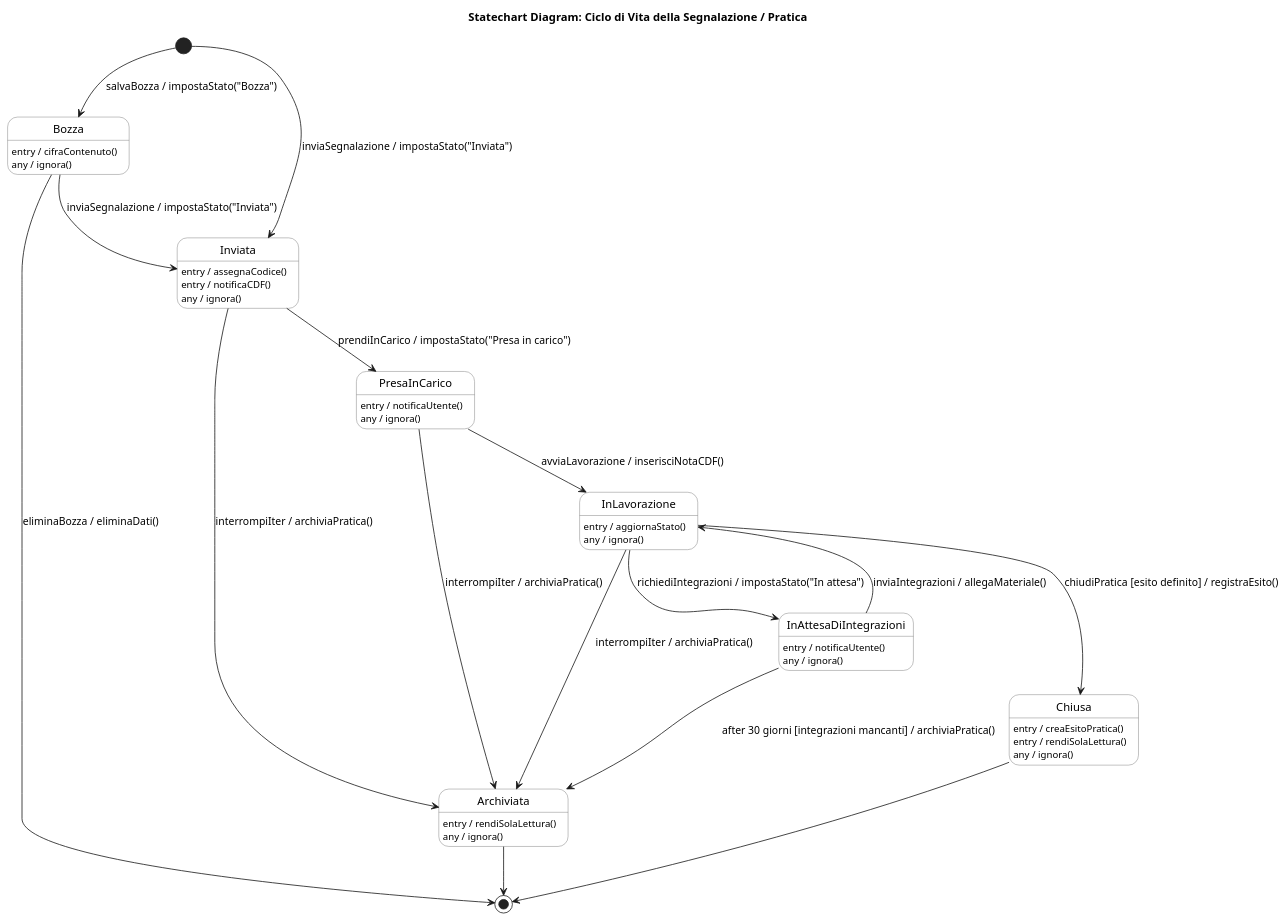
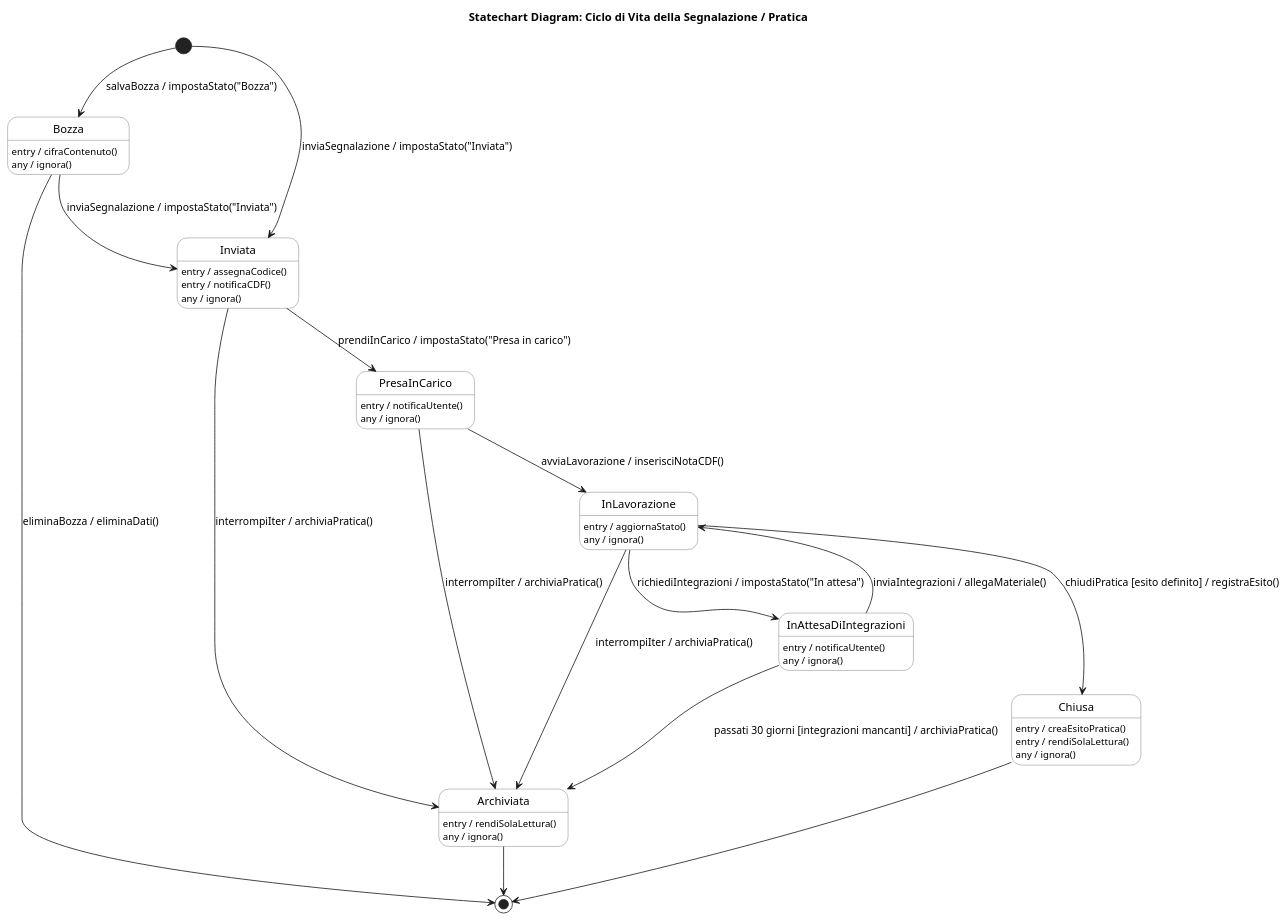
The diagram in docs/models/statecharts/STD_01_Invio_Segnalazione.puml (pharos-oss/pharos), drawn with PlantUML before and after one commit. The commit also changed 1 other file, not shown here.

Commit message:
fix: aggiornato codice diagramma statechart 01

```diff
--- a/docs/models/statecharts/STD_01_Invio_Segnalazione.puml
+++ b/docs/models/statecharts/STD_01_Invio_Segnalazione.puml
@@ -1,69 +1,69 @@
 @startuml
 title Statechart Diagram: Ciclo di Vita della Segnalazione / Pratica
 
 skinparam state {
   BackgroundColor White
   BorderColor #666666
 }
 
 [*] --> Bozza : salvaBozza / impostaStato("Bozza")
 [*] --> Inviata : inviaSegnalazione / impostaStato("Inviata")
 
 state Bozza {
   Bozza : entry / cifraContenuto()
   Bozza : any / ignora()
 }
 
 state Inviata {
   Inviata : entry / assegnaCodice()
   Inviata : entry / notificaCDF()
   Inviata : any / ignora()
 }
 
 state PresaInCarico {
   PresaInCarico : entry / notificaUtente()
   PresaInCarico : any / ignora()
 }
 
 state InLavorazione {
   InLavorazione : entry / aggiornaStato()
   InLavorazione : any / ignora()
 }
 
 state InAttesaDiIntegrazioni {
   InAttesaDiIntegrazioni : entry / notificaUtente()
   InAttesaDiIntegrazioni : any / ignora()
 }
 
 state Archiviata {
   Archiviata : entry / rendiSolaLettura()
   Archiviata : any / ignora()
 }
 
 state Chiusa {
   Chiusa : entry / creaEsitoPratica()
   Chiusa : entry / rendiSolaLettura()
   Chiusa : any / ignora()
 }
 
 Bozza --> Inviata : inviaSegnalazione / impostaStato("Inviata")
 Bozza --> [*] : eliminaBozza / eliminaDati()
 
 Inviata --> PresaInCarico : prendiInCarico / impostaStato("Presa in carico")
 Inviata --> Archiviata : interrompiIter / archiviaPratica()
 
 PresaInCarico --> InLavorazione : avviaLavorazione / inserisciNotaCDF()
 PresaInCarico --> Archiviata : interrompiIter / archiviaPratica()
 
 InLavorazione --> InAttesaDiIntegrazioni : richiediIntegrazioni / impostaStato("In attesa")
 InLavorazione --> Archiviata : interrompiIter / archiviaPratica()
 InLavorazione --> Chiusa : chiudiPratica [esito definito] / registraEsito()
 
 InAttesaDiIntegrazioni --> InLavorazione : inviaIntegrazioni / allegaMateriale()
-InAttesaDiIntegrazioni --> Archiviata : after 30 giorni [integrazioni mancanti] / archiviaPratica()
+InAttesaDiIntegrazioni --> Archiviata : passati 30 giorni [integrazioni mancanti] / archiviaPratica()
 
 ' Sostituzione dei post-it collegando gli stati al nodo finale
 Archiviata --> [*]
 Chiusa --> [*]
 
 @enduml
```
